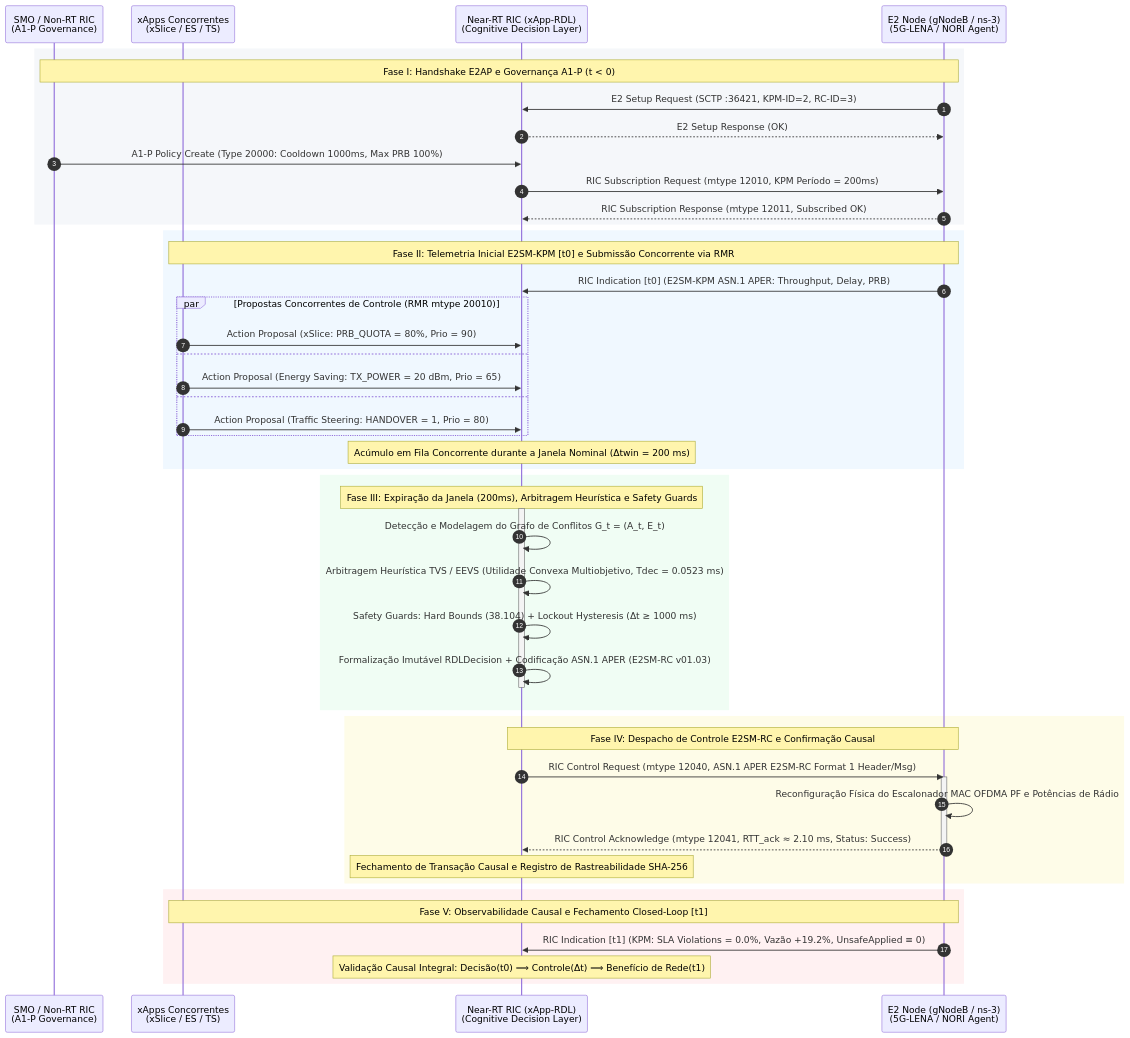
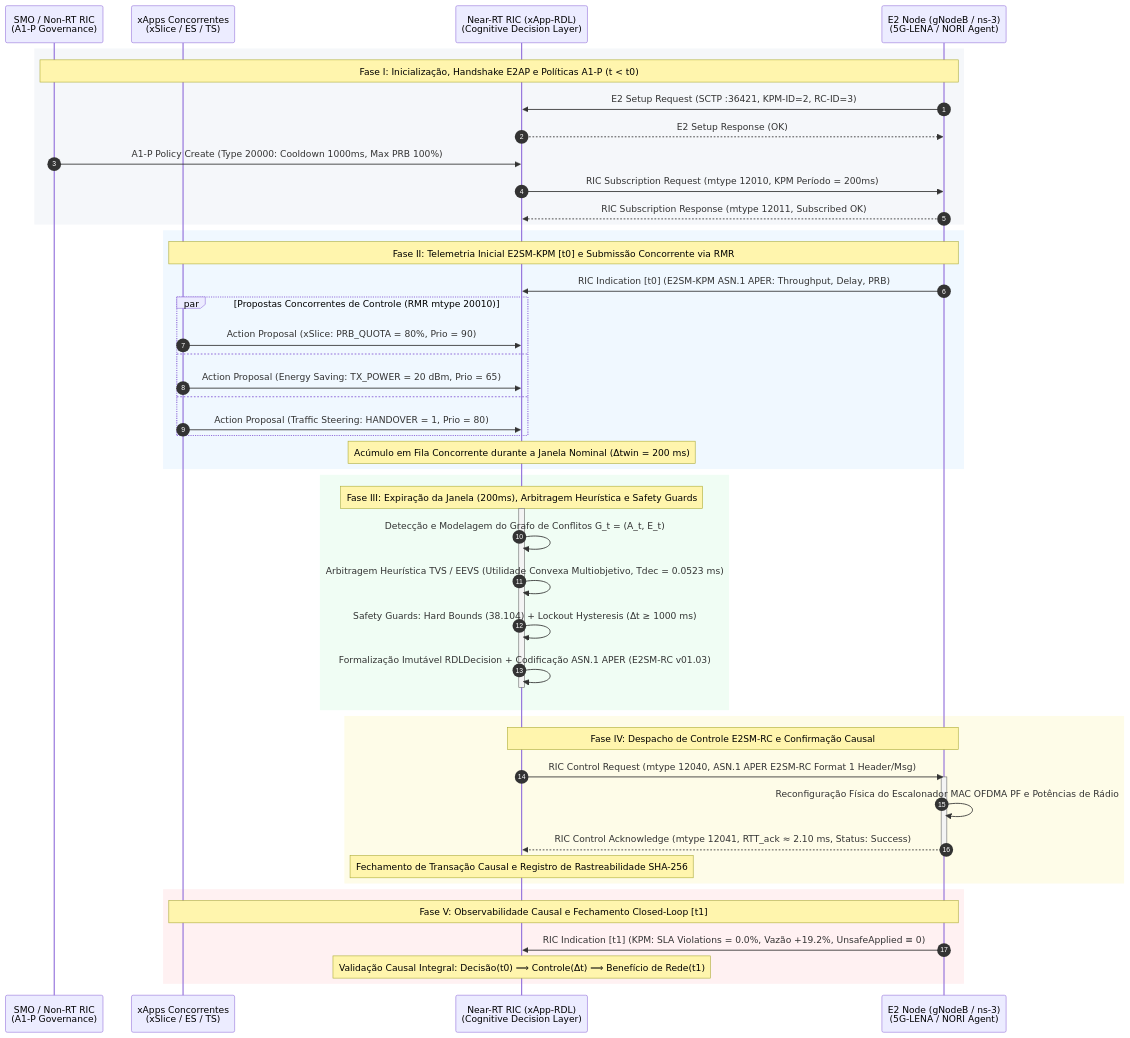
Before and after one commit to georgebarbosa3090/XApp-RDL-F1: the diagram in docs/21_relatorio_demonstracao_rica_closed_loop.md, drawn with Mermaid. The commit also changed other lines of this file and 5 other files, not shown here.

Commit message:
docs: adicionar relatorio tecnico xslice e energy-saver F1/F2 e alinhar diagramas com A1-P

````diff
--- a/docs/21_relatorio_demonstracao_rica_closed_loop.md
+++ b/docs/21_relatorio_demonstracao_rica_closed_loop.md
@@ -110,63 +110,63 @@
 ```mermaid
 sequenceDiagram
     autonumber
     
     participant SMO as SMO / Non-RT RIC<br/>(A1-P Governance)
     participant XAPPS as xApps Concorrentes<br/>(xSlice / ES / TS)
     participant RDL as Near-RT RIC (xApp-RDL)<br/>(Cognitive Decision Layer)
     participant RAN as E2 Node (gNodeB / ns-3)<br/>(5G-LENA / NORI Agent)
 
-    %% FASE I: INICIALIZAÇÃO, HANDSHAKE E2AP E POLÍTICAS A1-P
+    %% FASE I: INICIALIZAÇÃO, HANDSHAKE E2AP E POLÍTICAS A1-P (t < t0)
     rect rgb(245, 247, 250)
-        Note over SMO,RAN: Fase I: Handshake E2AP e Governança A1-P (t < 0)
+        Note over SMO,RAN: Fase I: Inicialização, Handshake E2AP e Políticas A1-P (t < t0)
         RAN->>RDL: E2 Setup Request (SCTP :36421, KPM-ID=2, RC-ID=3)
         RDL-->>RAN: E2 Setup Response (OK)
         SMO->>RDL: A1-P Policy Create (Type 20000: Cooldown 1000ms, Max PRB 100%)
         RDL->>RAN: RIC Subscription Request (mtype 12010, KPM Período = 200ms)
         RAN-->>RDL: RIC Subscription Response (mtype 12011, Subscribed OK)
     end
 
     %% FASE II: INGESTÃO DE TELEMETRIA E SUBMISSÃO CONCORRENTE
     rect rgb(240, 248, 255)
         Note over XAPPS,RAN: Fase II: Telemetria Inicial E2SM-KPM [t0] e Submissão Concorrente via RMR
         RAN->>RDL: RIC Indication [t0] (E2SM-KPM ASN.1 APER: Throughput, Delay, PRB)
         
         par Propostas Concorrentes de Controle (RMR mtype 20010)
             XAPPS->>RDL: Action Proposal (xSlice: PRB_QUOTA = 80%, Prio = 90)
         and
             XAPPS->>RDL: Action Proposal (Energy Saving: TX_POWER = 20 dBm, Prio = 65)
         and
             XAPPS->>RDL: Action Proposal (Traffic Steering: HANDOVER = 1, Prio = 80)
         end
         Note over RDL: Acúmulo em Fila Concorrente durante a Janela Nominal (Δtwin = 200 ms)
     end
 
     %% FASE III: ARBITRAGEM DETERMINÍSTICA E SAFETY GUARDS
     rect rgb(240, 253, 244)
         Note over RDL: Fase III: Expiração da Janela (200ms), Arbitragem Heurística e Safety Guards
         activate RDL
         RDL->>RDL: Detecção e Modelagem do Grafo de Conflitos G_t = (A_t, E_t)
         RDL->>RDL: Arbitragem Heurística TVS / EEVS (Utilidade Convexa Multiobjetivo, Tdec = 0.0523 ms)
         RDL->>RDL: Safety Guards: Hard Bounds (38.104) + Lockout Hysteresis (Δt ≥ 1000 ms)
         RDL->>RDL: Formalização Imutável RDLDecision + Codificação ASN.1 APER (E2SM-RC v01.03)
         deactivate RDL
     end
 
     %% FASE IV: DESPACHO E2SM-RC E CONFIRMAÇÃO CAUSAL
     rect rgb(254, 252, 232)
         Note over RDL,RAN: Fase IV: Despacho de Controle E2SM-RC e Confirmação Causal
         RDL->>RAN: RIC Control Request (mtype 12040, ASN.1 APER E2SM-RC Format 1 Header/Msg)
         activate RAN
         RAN->>RAN: Reconfiguração Física do Escalonador MAC OFDMA PF e Potências de Rádio
         RAN-->>RDL: RIC Control Acknowledge (mtype 12041, RTT_ack ≈ 2.10 ms, Status: Success)
         deactivate RAN
         Note over RDL: Fechamento de Transação Causal e Registro de Rastreabilidade SHA-256
     end
 
     %% FASE V: FECHAMENTO CLOSED-LOOP E RECUPERAÇÃO DA RAN
     rect rgb(255, 241, 242)
         Note over XAPPS,RAN: Fase V: Observabilidade Causal e Fechamento Closed-Loop [t1]
         RAN->>RDL: RIC Indication [t1] (KPM: SLA Violations = 0.0%, Vazão +19.2%, UnsafeApplied ≡ 0)
         Note over RDL: Validação Causal Integral: Decisão(t0) ⟹ Controle(Δt) ⟹ Benefício de Rede(t1)
     end
 ```
````
